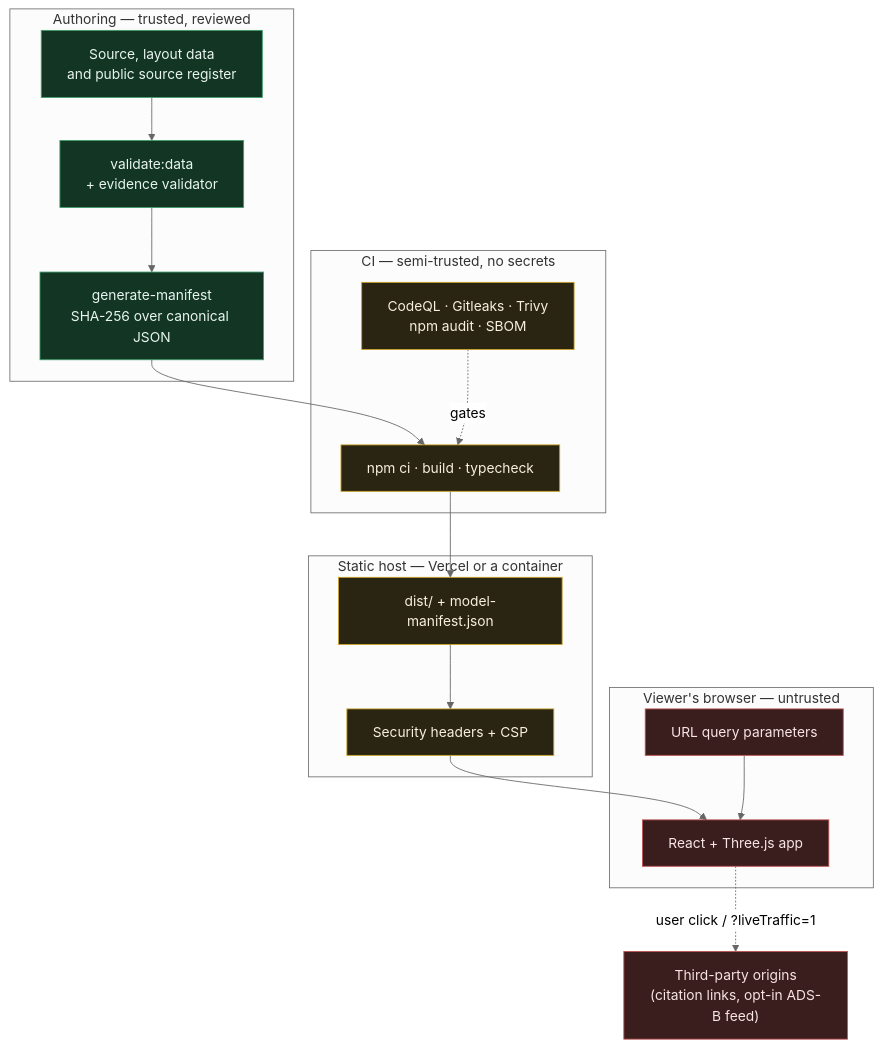
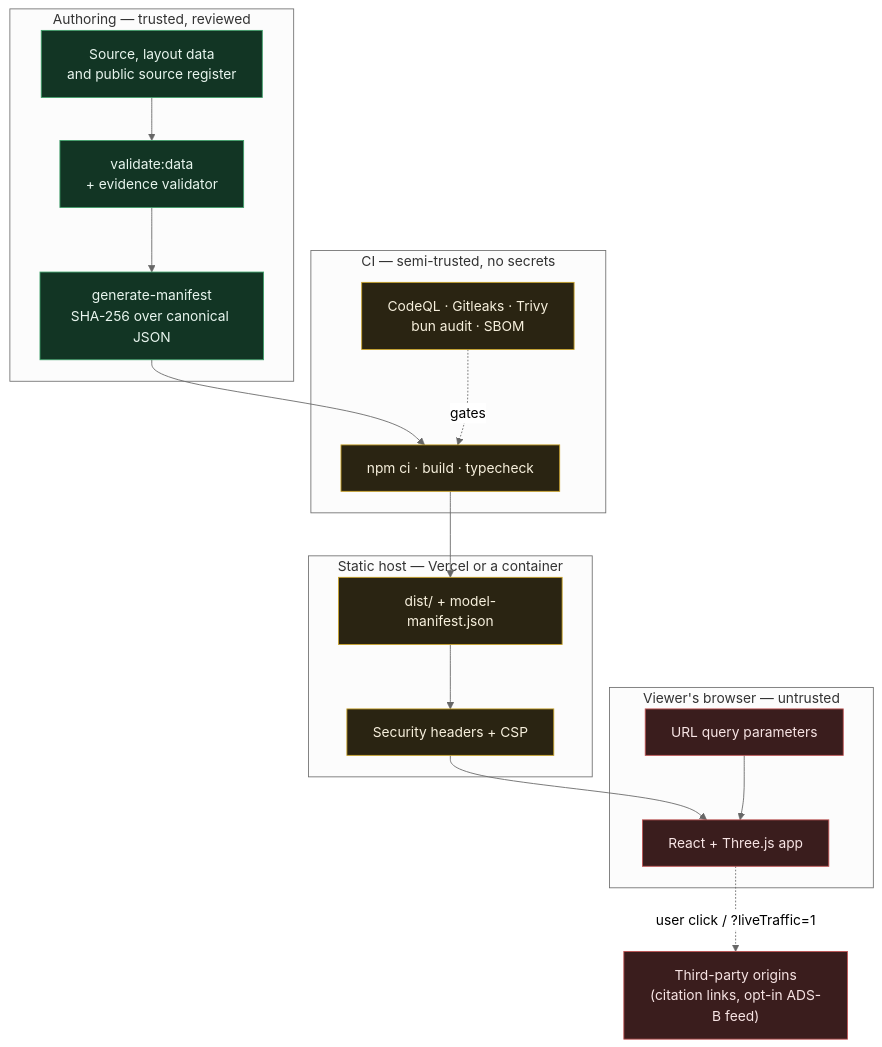
The diagram in docs/THREAT_MODEL.md (topherchris420/lop-nur-twin), drawn with Mermaid (neutral theme) before and after one commit. The commit also changed other lines of this file and 15 other files, not shown here.

````diff
--- a/docs/THREAT_MODEL.md
+++ b/docs/THREAT_MODEL.md
@@ -37,38 +37,38 @@
 ```mermaid
 flowchart TB
   subgraph authoring["Authoring — trusted, reviewed"]
     src["Source, layout data<br/>and public source register"]
     validate["validate:data<br/>+ evidence validator"]
     manifest["generate-manifest<br/>SHA-256 over canonical JSON"]
   end
 
   subgraph ci["CI — semi-trusted, no secrets"]
     build["npm ci · build · typecheck"]
-    scan["CodeQL · Gitleaks · Trivy<br/>npm audit · SBOM"]
+    scan["CodeQL · Gitleaks · Trivy<br/>bun audit · SBOM"]
   end
 
   subgraph host["Static host — Vercel or a container"]
     dist["dist/ + model-manifest.json"]
     headers["Security headers + CSP"]
   end
 
   subgraph browser["Viewer's browser — untrusted"]
     app["React + Three.js app"]
     params["URL query parameters"]
   end
 
   third["Third-party origins<br/>(citation links, opt-in ADS-B feed)"]
 
   src --> validate --> manifest --> build --> dist
   scan -.gates.-> build
   dist --> headers --> app
   params --> app
   app -. "user click / ?liveTraffic=1" .-> third
 
   classDef trusted fill:#123524,stroke:#3fa06a,color:#e8f5ee
   classDef semi fill:#2a2412,stroke:#c9a227,color:#f7f0dd
   classDef untrusted fill:#3a1d1d,stroke:#c05353,color:#f7e4e4
   class src,validate,manifest trusted
   class build,scan,dist,headers semi
   class app,params,third untrusted
 ```
````
